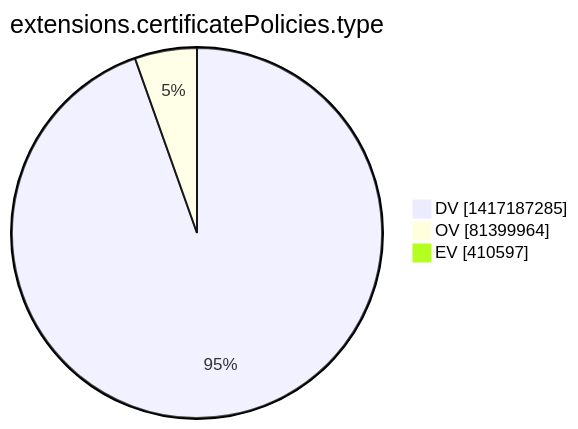
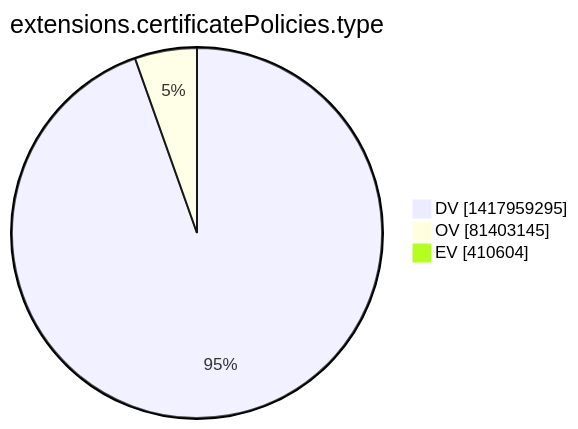
The tenth of 15 diagrams in xenon2022/README.md (christiankrug/ctmonitor_visualization), drawn with Mermaid before and after one commit. The commit also changed other lines of this file, not shown here.

````diff
--- a/xenon2022/README.md
+++ b/xenon2022/README.md
@@ -2865,7 +2865,7 @@
 ```mermaid
 pie showData
 title extensions.certificatePolicies.type
-"DV" :1417187285
-"OV" :81399964
-"EV" :410597
+"DV" :1417959295
+"OV" :81403145
+"EV" :410604
 ```
````
